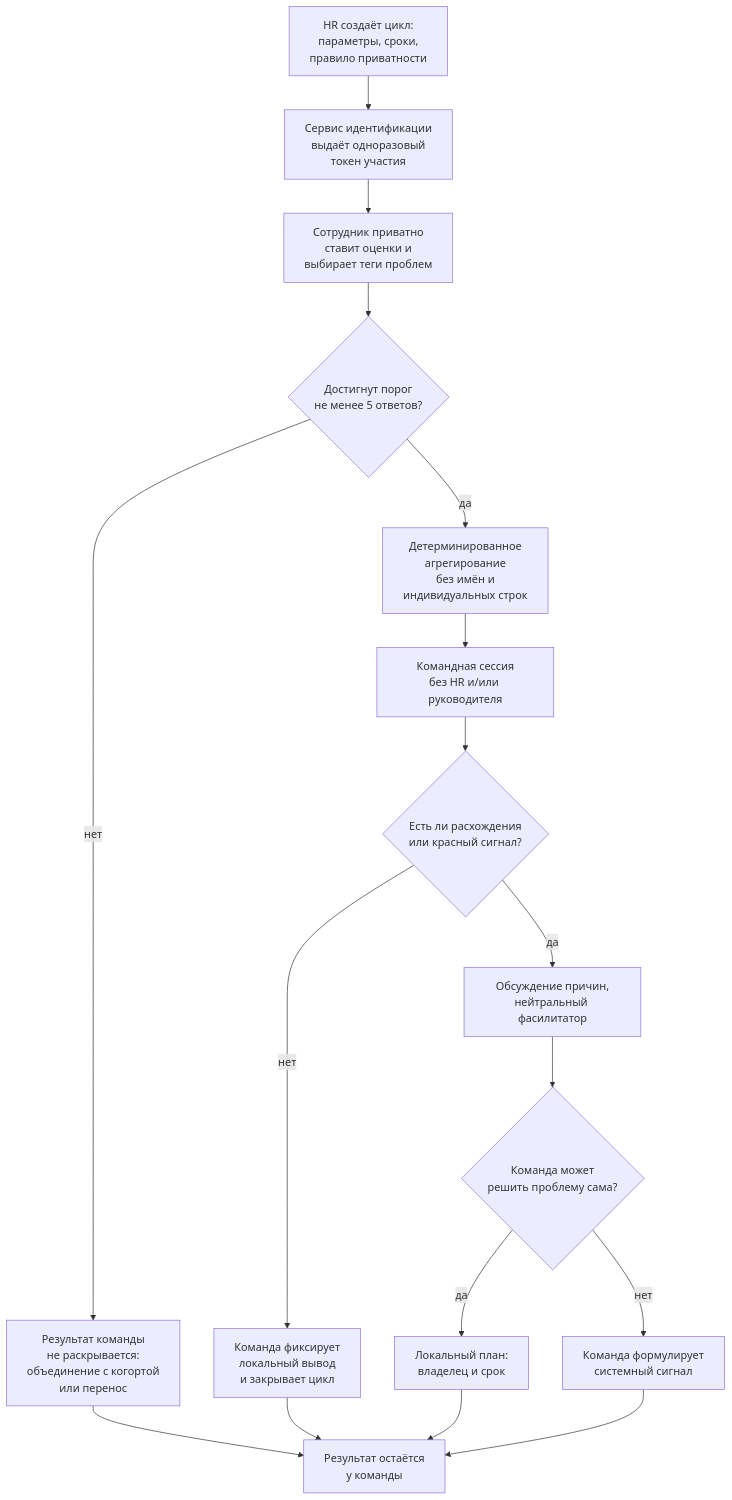
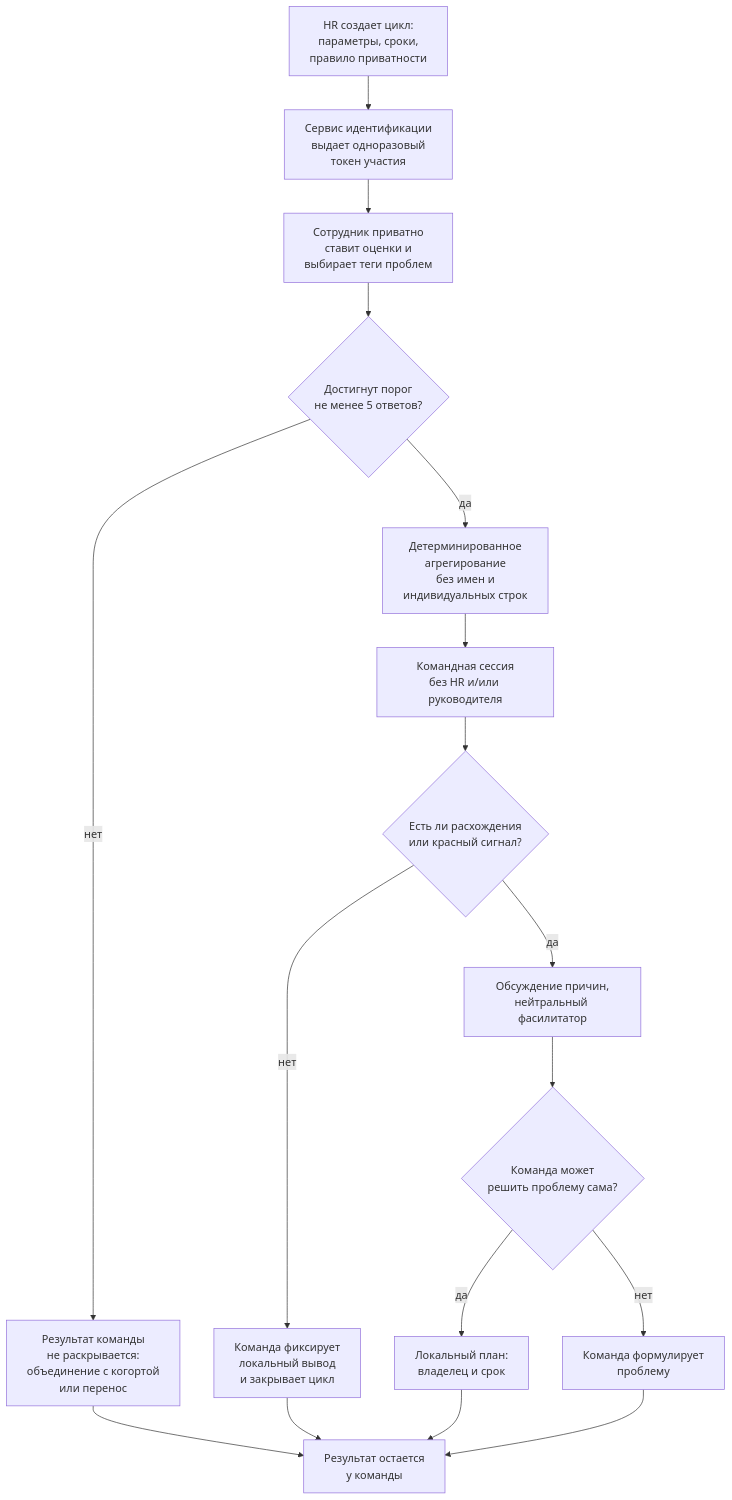
One commit to CarabasBarabas/team-other-03 changed the first of 3 diagrams in docs/03_tobe_architecture.md. Above: the diagram before and after it, drawn with Mermaid. The commit also changed other lines of this file, not shown here.

````diff
--- a/docs/03_tobe_architecture.md
+++ b/docs/03_tobe_architecture.md
@@ -19,19 +19,19 @@
 ```mermaid
 flowchart TD
-    A["HR создаёт цикл:<br/>параметры, сроки,<br/>правило приватности"] --> B["Сервис идентификации<br/>выдаёт одноразовый<br/>токен участия"]
+    A["HR создает цикл:<br/>параметры, сроки,<br/>правило приватности"] --> B["Сервис идентификации<br/>выдает одноразовый<br/>токен участия"]
     B --> C["Сотрудник приватно<br/>ставит оценки и<br/>выбирает теги проблем"]
     C --> D{"Достигнут порог<br/>не менее 5 ответов?"}
     D -->|"нет"| D1["Результат команды<br/>не раскрывается:<br/>объединение с когортой<br/>или перенос"]
-    D -->|"да"| E["Детерминированное<br/>агрегирование<br/>без имён и<br/>индивидуальных строк"]
+    D -->|"да"| E["Детерминированное<br/>агрегирование<br/>без имен и<br/>индивидуальных строк"]
     E --> F["Командная сессия<br/>без HR и/или руководителя"]
     F --> G{"Есть ли расхождения<br/>или красный сигнал?"}
     G -->|"нет"| G1["Команда фиксирует<br/>локальный вывод<br/>и закрывает цикл"]
     G -->|"да"| H["Обсуждение причин,<br/>нейтральный фасилитатор"]
     H --> I{"Команда может<br/>решить проблему сама?"}
     I -->|"да"| I1["Локальный план:<br/>владелец и срок"]
-    I -->|"нет"| I2["Команда формулирует<br/>системный сигнал"]
-    D1 --> Z["Результат остаётся<br/>у команды"]
+    I -->|"нет"| I2["Команда формулирует<br/> проблему"]
+    D1 --> Z["Результат остается<br/>у команды"]
     G1 --> Z
     I1 --> Z
     I2 --> Z
 ```
````
